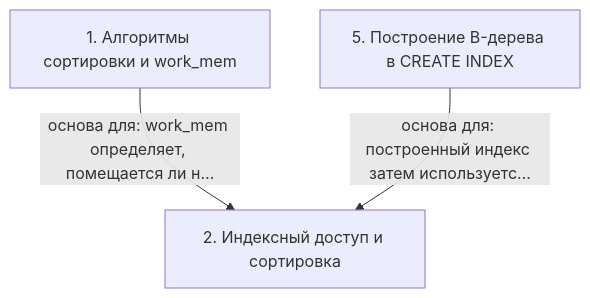
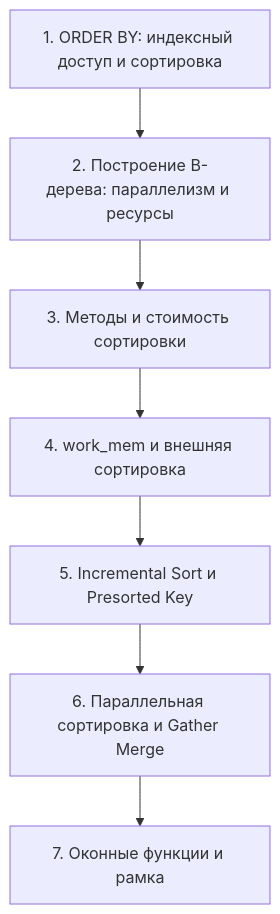
The diagram in postgres-qpt/07 - QPT-16. 06. Сортировка/notes.md (AsoloCode/notes), drawn with Mermaid before and after one commit. The commit also changed other lines of this file and 503 other files, not shown here.

First line of the commit message:
Обновить конспекты PostgreSQL (QPT-16, DEV1-16): слайды, схемы, факт-чек

````diff
--- a/postgres-qpt/07 - QPT-16. 06. Сортировка/notes.md
+++ b/postgres-qpt/07 - QPT-16. 06. Сортировка/notes.md
@@ -70,8 +466,16 @@
 ```mermaid
 flowchart TD
-    n1["1. Алгоритмы сортировки и work_mem"]
-    n2["2. Индексный доступ и сортировка"]
-    n5["5. Построение B-дерева в CREATE INDEX"]
-    n1 -->|основа для: work_mem определяет, помещается ли н…| n2
-    n5 -->|основа для: построенный индекс затем используетс…| n2
+    n1["1. ORDER BY: индексный доступ и сортировка"]
+    n2["2. Построение B-дерева: параллелизм и ресурсы"]
+    n3["3. Методы и стоимость сортировки"]
+    n4["4. work_mem и внешняя сортировка"]
+    n5["5. Incremental Sort и Presorted Key"]
+    n6["6. Параллельная сортировка и Gather Merge"]
+    n7["7. Оконные функции и рамка"]
+    n1 --> n2
+    n2 --> n3
+    n3 --> n4
+    n4 --> n5
+    n5 --> n6
+    n6 --> n7
 ```
````
